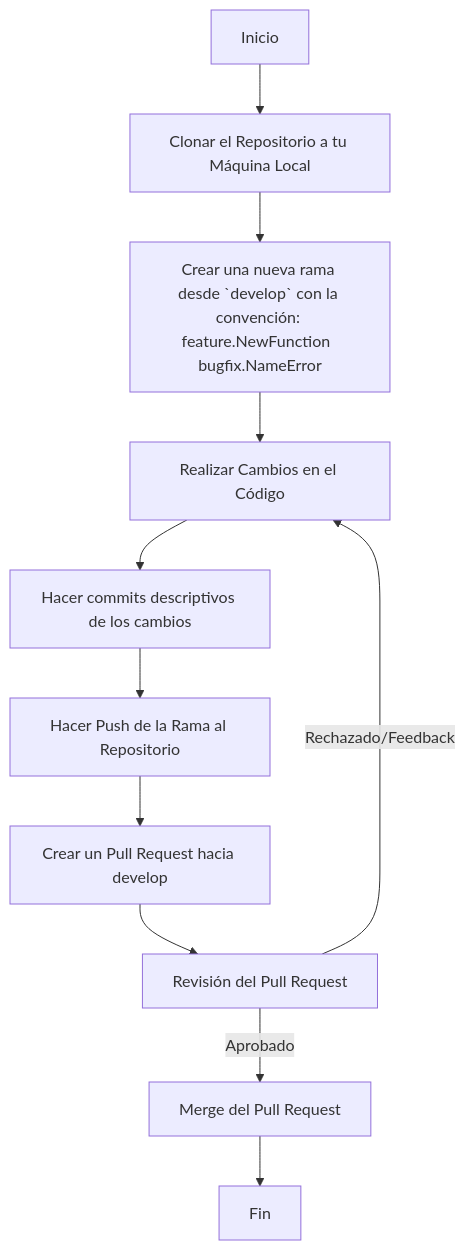
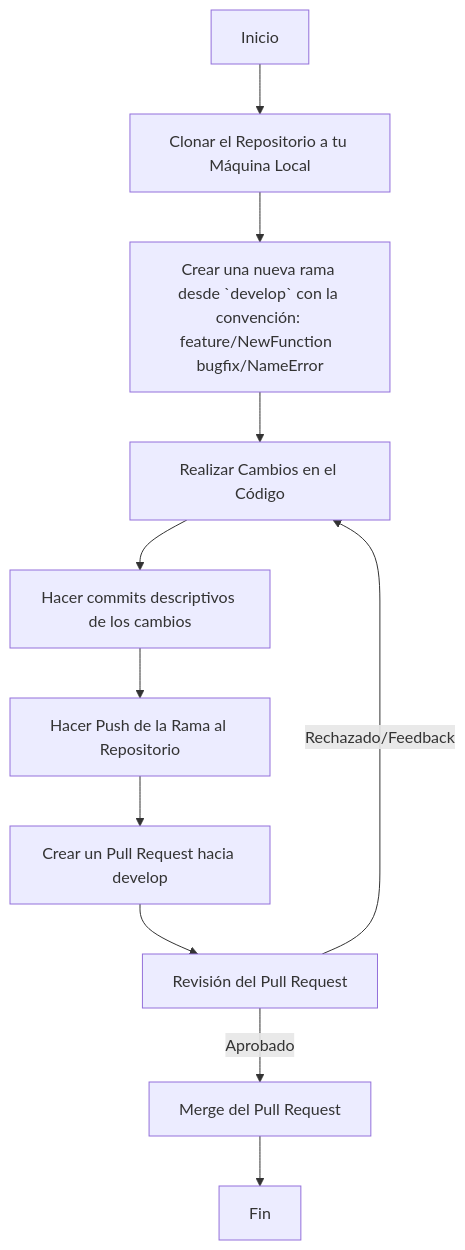
The first of 2 diagrams in README.md (JheisonMB/PruebaGit), drawn with Mermaid before and after one commit.

````diff
--- a/README.md
+++ b/README.md
@@ -2,13 +2,13 @@
 ```mermaid  
 graph TD    
     A[Inicio] --> C[Clonar el Repositorio a tu Máquina Local]
-    C --> D[Crear una nueva rama desde `develop` con la convención: feature.NewFunction  bugfix.NameError]
+    C --> D[Crear una nueva rama desde `develop` con la convención: feature/NewFunction  bugfix/NameError]
     D --> E[Realizar Cambios en el Código]
     E --> F[Hacer commits descriptivos de los cambios]
     F --> G[Hacer Push de la Rama al Repositorio]
     G --> H[Crear un Pull Request hacia develop]
     H --> I[Revisión del Pull Request]
     I -->|Aprobado| J[Merge del Pull Request]
     I -->|Rechazado/Feedback| E
     J --> K[Fin]
 ```  
````
